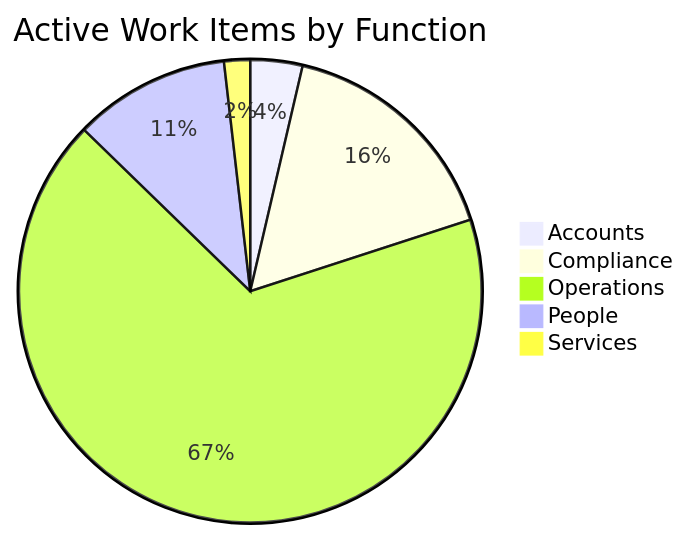
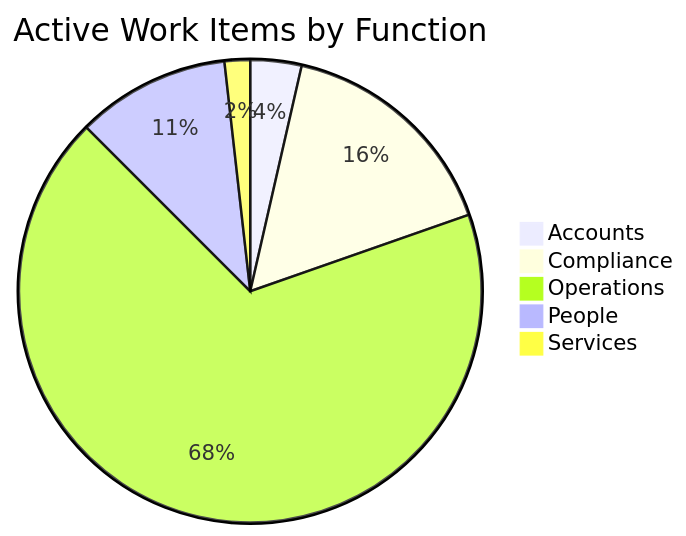
One commit to mgosal/5et.uk changed the first of 3 diagrams in dashboard.md. Above: the diagram before and after it, drawn with Mermaid. The commit also changed other lines of this file and 3 other files, not shown here.

````diff
--- a/dashboard.md
+++ b/dashboard.md
@@ -99,8 +100,8 @@
 ```mermaid
 pie title Active Work Items by Function
     "Accounts" : 2
     "Compliance" : 9
-    "Operations" : 37
+    "Operations" : 38
     "People" : 6
     "Services" : 1
 ```
````
